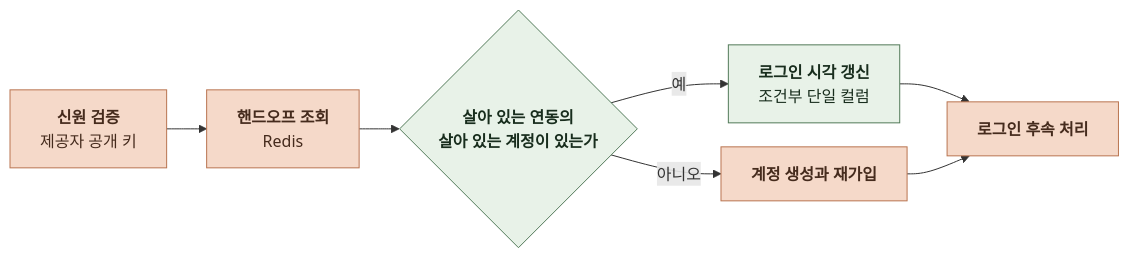
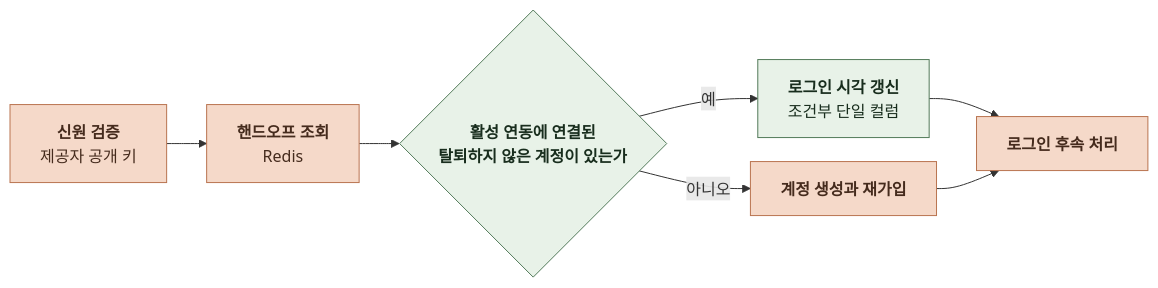
One commit to KIM-N-KANG/knk-harness changed the third of 16 diagrams in docs/domain/ACCOUNT/BACKEND/4-1-PIPELINES.md. Above: the diagram before and after it, drawn with Mermaid. The commit also changed other lines of this file and 4 other files, not shown here.

````diff
--- a/docs/domain/ACCOUNT/BACKEND/4-1-PIPELINES.md
+++ b/docs/domain/ACCOUNT/BACKEND/4-1-PIPELINES.md
@@ -105,18 +105,18 @@
 ```mermaid
 %%{init: {"flowchart": {"curve": "basis", "nodeSpacing": 24, "rankSpacing": 40}}}%%
 flowchart LR
     A["`**신원 검증**
 제공자 공개 키`"] --> B["`**핸드오프 조회**
 Redis`"]
-    B --> C{"`**살아 있는 연동의
-살아 있는 계정이 있는가**`"}
+    B --> C{"`**활성 연동에 연결된
+탈퇴하지 않은 계정이 있는가**`"}
     C -->|예| D["`**로그인 시각 갱신**
 조건부 단일 컬럼`"]
     C -->|아니오| E["`**계정 생성과 재가입**`"]
     D --> F["`**로그인 후속 처리**`"]
     E --> F
     classDef comp fill:#E8F2E8,stroke:#527A59,color:#182D1D
     classDef task fill:#F5D9C9,stroke:#B97450,color:#452B1D
     class C,D comp
     class A,B,E,F task
 ```
````
